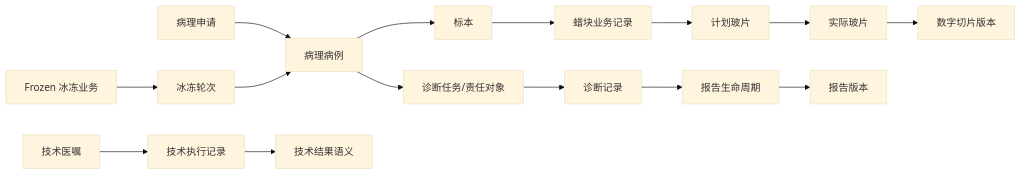
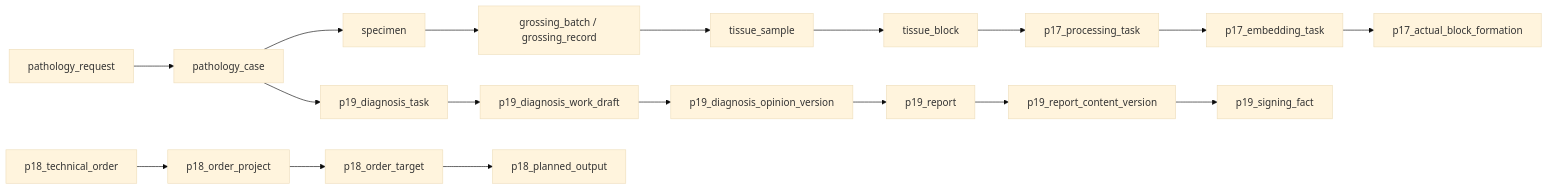
Before and after one commit to Hanjisang/pis-next: the diagram in docs/v2/P00-current-system-audit.md, drawn with Mermaid (base theme). The commit also changed other lines of this file and 3 other files, not shown here.

````diff
--- a/docs/v2/P00-current-system-audit.md
+++ b/docs/v2/P00-current-system-audit.md
@@ -51,17 +234,20 @@
 ```mermaid
 flowchart LR
-    Application[病理申请] --> Case[病理病例]
-    Case --> Specimen[标本]
-    Specimen --> BlockRecord[蜡块业务记录]
-    BlockRecord --> PlannedSlide[计划玻片]
-    PlannedSlide --> ActualSlide[实际玻片]
-    ActualSlide --> DigitalVersion[数字切片版本]
-    Case --> DiagnosisTask[诊断任务/责任对象]
-    DiagnosisTask --> Diagnosis[诊断记录]
-    Diagnosis --> ReportLifecycle[报告生命周期]
-    ReportLifecycle --> ReportVersion[报告版本]
-    TechnicalOrder[技术医嘱] --> TechnicalRecord[技术执行记录]
-    TechnicalRecord --> TechnicalResult[技术结果语义]
-    Frozen[Frozen 冰冻业务] --> FrozenRound[冰冻轮次]
-    FrozenRound --> Case
+    Request[pathology_request] --> Case[pathology_case]
+    Case --> Specimen[specimen]
+    Specimen --> Grossing[grossing_batch / grossing_record]
+    Grossing --> TissueSample[tissue_sample]
+    TissueSample --> TissueBlock[tissue_block]
+    TissueBlock --> ProcessingTask[p17_processing_task]
+    ProcessingTask --> EmbeddingTask[p17_embedding_task]
+    EmbeddingTask --> ActualFormation[p17_actual_block_formation]
+    TechnicalOrder[p18_technical_order] --> Project[p18_order_project]
+    Project --> Target[p18_order_target]
+    Target --> PlannedOutput[p18_planned_output]
+    Case --> DiagnosisTask[p19_diagnosis_task]
+    DiagnosisTask --> Draft[p19_diagnosis_work_draft]
+    Draft --> Opinion[p19_diagnosis_opinion_version]
+    Opinion --> Report[p19_report]
+    Report --> Content[p19_report_content_version]
+    Content --> Signing[p19_signing_fact]
 ```
````
